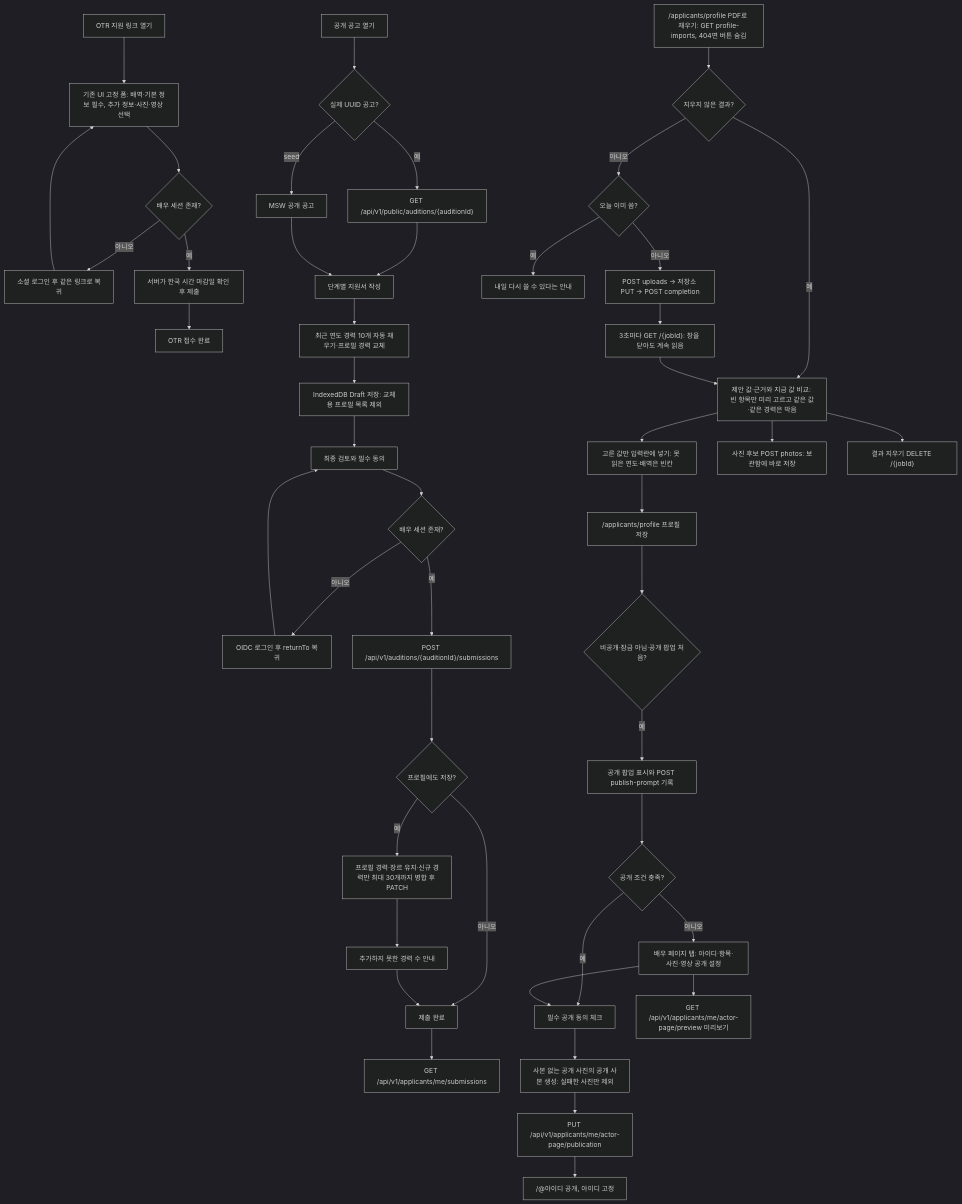
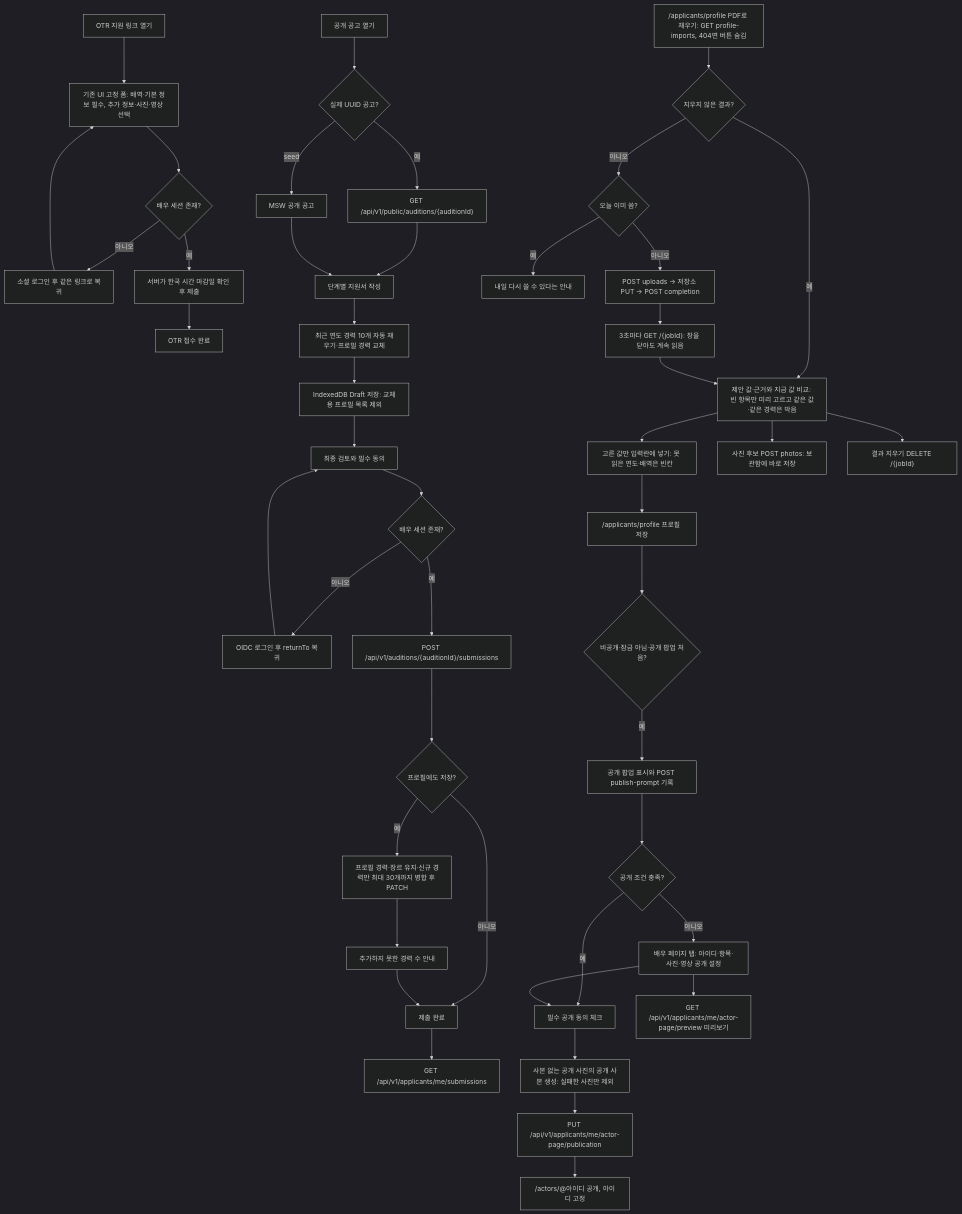
Before and after one commit to woowacourse-teams/2026-yesulin: the diagram in frontend/docs/user-flows/applicant.mmd, drawn with Mermaid (dark theme). The commit also changed 27 other files, not shown here.

```diff
--- a/frontend/docs/user-flows/applicant.mmd
+++ b/frontend/docs/user-flows/applicant.mmd
@@ -1,46 +1,46 @@
 flowchart TD
     OTR_LINK["OTR 지원 링크 열기"] --> OTR_FORM["기존 UI 고정 폼: 배역·기본 정보 필수, 추가 정보·사진·영상 선택"]
     OTR_FORM --> OTR_LOGIN{"배우 세션 존재?"}
     OTR_LOGIN -- 아니오 --> OTR_AUTH["소셜 로그인 후 같은 링크로 복귀"]
     OTR_AUTH --> OTR_FORM
     OTR_LOGIN -- 예 --> OTR_SUBMIT["서버가 한국 시간 마감일 확인 후 제출"]
     OTR_SUBMIT --> OTR_DONE["OTR 접수 완료"]
     OPEN["공개 공고 열기"] --> LOAD{"실제 UUID 공고?"}
     LOAD -- 예 --> REAL["GET /api/v1/public/auditions/{auditionId}"]
     LOAD -- seed --> MOCK["MSW 공개 공고"]
     REAL --> WRITE["단계별 지원서 작성"]
     MOCK --> WRITE
     WRITE --> CAREER["최근 연도 경력 10개 자동 채우기·프로필 경력 교체"]
     CAREER --> DRAFT["IndexedDB Draft 저장: 교체용 프로필 목록 제외"]
     DRAFT --> REVIEW["최종 검토와 필수 동의"]
     REVIEW --> AUTH{"배우 세션 존재?"}
     AUTH -- 아니오 --> LOGIN["OIDC 로그인 후 returnTo 복귀"]
     LOGIN --> REVIEW
     AUTH -- 예 --> SUBMIT["POST /api/v1/auditions/{auditionId}/submissions"]
     SUBMIT --> PROFILE{"프로필에도 저장?"}
     PROFILE -- 예 --> PATCH["프로필 경력·장르 유지·신규 경력만 최대 30개까지 병합 후 PATCH"]
     PROFILE -- 아니오 --> DONE["제출 완료"]
     PATCH --> OVERFLOW["추가하지 못한 경력 수 안내"]
     OVERFLOW --> DONE
     DONE --> HISTORY["GET /api/v1/applicants/me/submissions"]
     PDF_OPEN["/applicants/profile PDF로 채우기: GET profile-imports, 404면 버튼 숨김"] --> PDF_STATE{"지우지 않은 결과?"}
     PDF_STATE -- 아니오 --> PDF_LIMIT{"오늘 이미 씀?"}
     PDF_LIMIT -- 예 --> PDF_TOMORROW["내일 다시 쓸 수 있다는 안내"]
     PDF_LIMIT -- 아니오 --> PDF_UPLOAD["POST uploads → 저장소 PUT → POST completion"]
     PDF_UPLOAD --> PDF_POLL["3초마다 GET /{jobId}: 창을 닫아도 계속 읽음"]
     PDF_STATE -- 예 --> PDF_RESULT
     PDF_POLL --> PDF_RESULT["제안 값·근거와 지금 값 비교: 빈 항목만 미리 고르고 같은 값·같은 경력은 막음"]
     PDF_RESULT --> PDF_APPLY["고른 값만 입력란에 넣기: 못 읽은 연도·배역은 빈칸"]
     PDF_APPLY --> PROFILE_SAVE
     PDF_RESULT --> PDF_PHOTO["사진 후보 POST photos: 보관함에 바로 저장"]
     PDF_RESULT --> PDF_CLOSE["결과 지우기 DELETE /{jobId}"]
     PROFILE_SAVE["/applicants/profile 프로필 저장"] --> PROMPT{"비공개·잠금 아님·공개 팝업 처음?"}
     PROMPT -- 예 --> PROMPT_SHOW["공개 팝업 표시와 POST publish-prompt 기록"]
     PROMPT_SHOW --> PROMPT_READY{"공개 조건 충족?"}
     PROMPT_READY -- 아니오 --> AP_TAB["배우 페이지 탭: 아이디·항목·사진·영상 공개 설정"]
     PROMPT_READY -- 예 --> AP_CONSENT["필수 공개 동의 체크"]
     AP_TAB --> AP_PREVIEW["GET /api/v1/applicants/me/actor-page/preview 미리보기"]
     AP_TAB --> AP_CONSENT
     AP_CONSENT --> AP_COPY["사본 없는 공개 사진의 공개 사본 생성: 실패한 사진만 제외"]
     AP_COPY --> AP_PUBLISH["PUT /api/v1/applicants/me/actor-page/publication"]
-    AP_PUBLISH --> AP_PAGE["/@아이디 공개, 아이디 고정"]
+    AP_PUBLISH --> AP_PAGE["/actors/@아이디 공개, 아이디 고정"]
```
